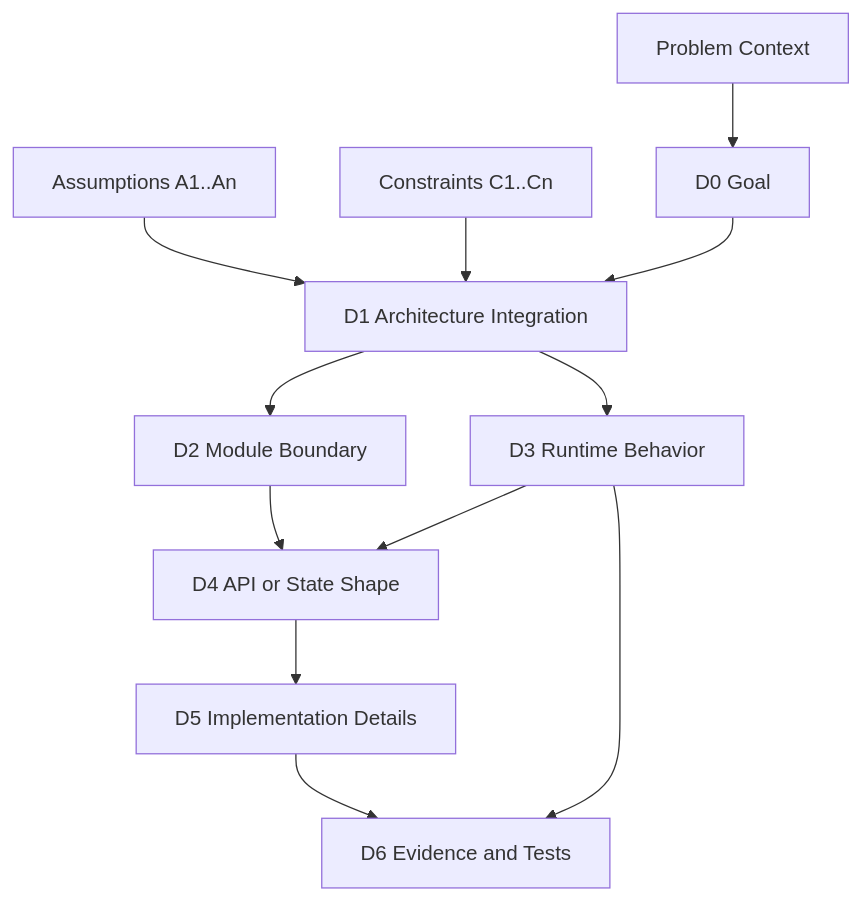
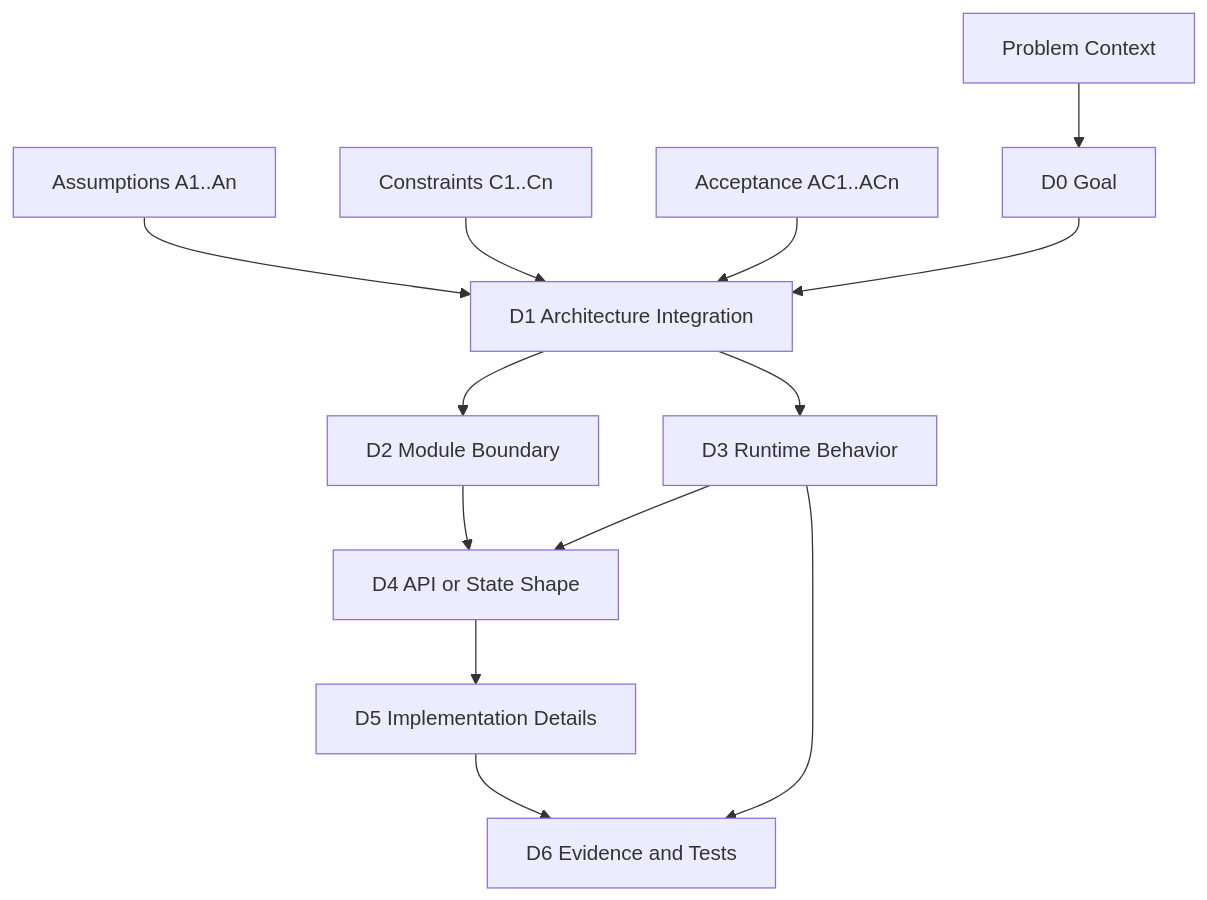
Before and after one commit to taoluo/claude-skills: the diagram in skills/plan-handoff-brief/SKILL.md, drawn with Mermaid. The commit also changed other lines of this file and 1 other file, not shown here.

````diff
--- a/skills/plan-handoff-brief/SKILL.md
+++ b/skills/plan-handoff-brief/SKILL.md
@@ -501,26 +622,28 @@
 ```mermaid
 flowchart TD
   Ctx[Problem Context]
   A[Assumptions A1..An]
   C[Constraints C1..Cn]
+  AC[Acceptance AC1..ACn]
 
   D0[D0 Goal]
   D1[D1 Architecture Integration]
   D2[D2 Module Boundary]
   D3[D3 Runtime Behavior]
   D4[D4 API or State Shape]
   D5[D5 Implementation Details]
   D6[D6 Evidence and Tests]
 
   Ctx --> D0
   A --> D1
   C --> D1
+  AC --> D1
   D0 --> D1
   D1 --> D2
   D1 --> D3
   D2 --> D4
   D3 --> D4
   D4 --> D5
   D3 --> D6
   D5 --> D6
 ```
````
